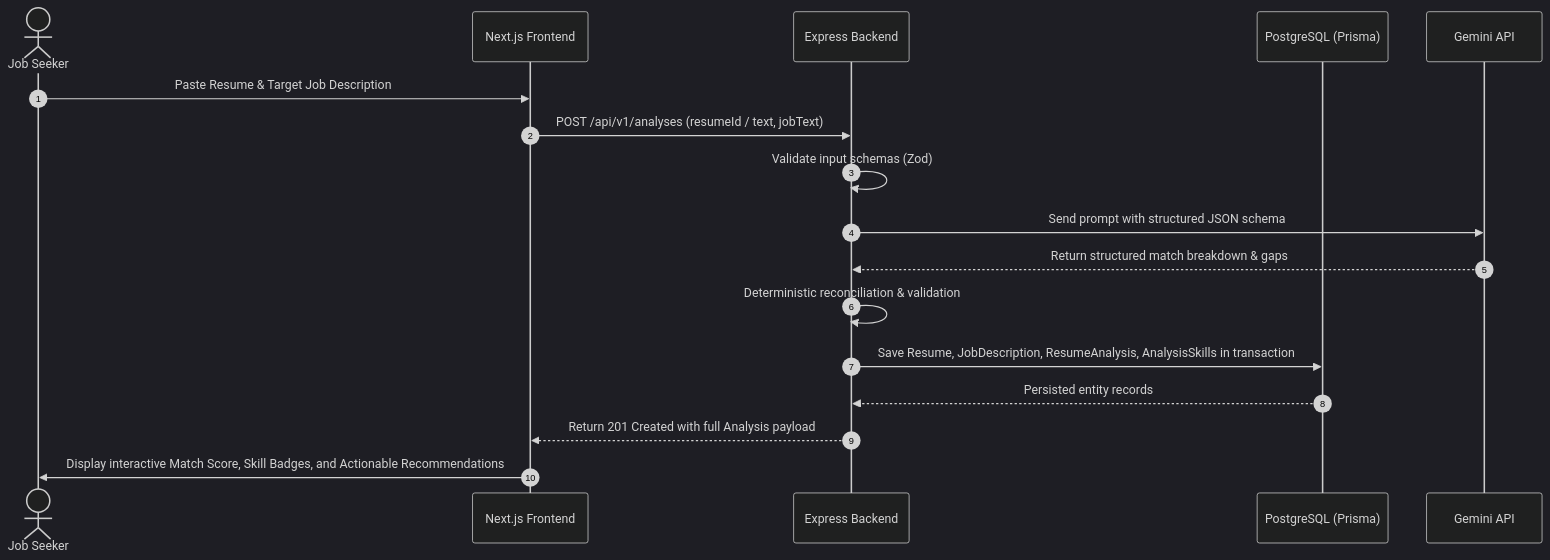
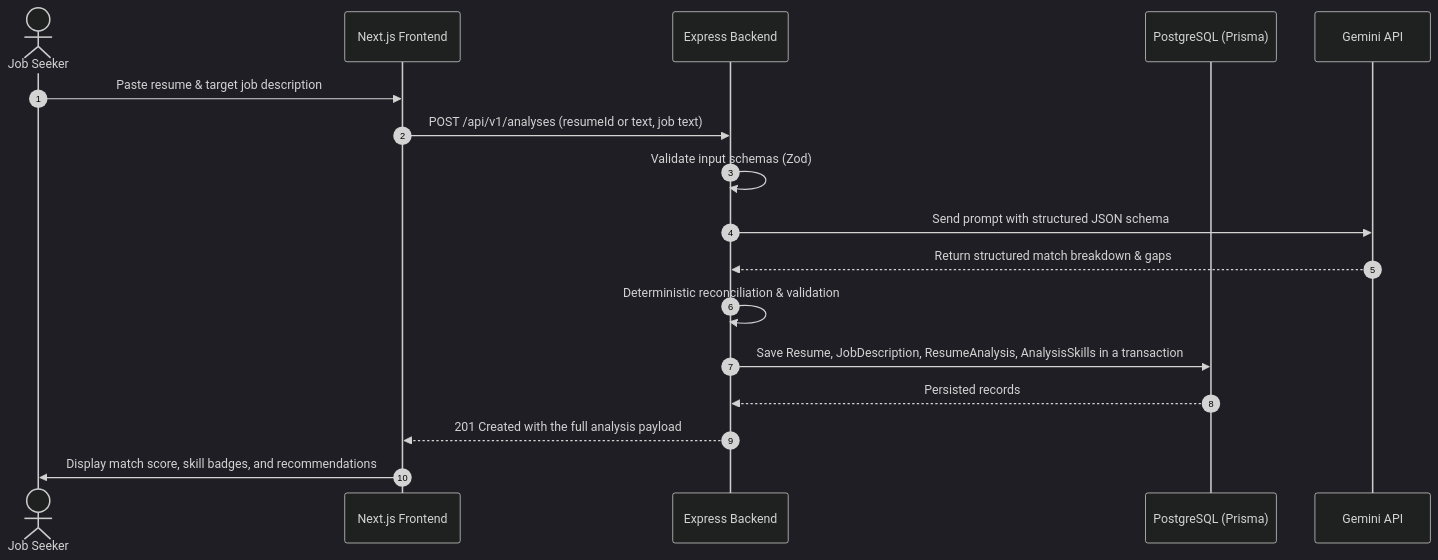
One commit to bashar35790/CareerPilot-AI changed the second of 3 diagrams in docs/PROJECT_PLAN.md. Above: the diagram before and after it, drawn with Mermaid (dark theme). The commit also changed other lines of this file and 11 other files, not shown here.

````diff
--- a/docs/PROJECT_PLAN.md
+++ b/docs/PROJECT_PLAN.md
@@ -94,20 +87,20 @@
 ```mermaid
 sequenceDiagram
     autonumber
     actor User as Job Seeker
     participant UI as Next.js Frontend
     participant API as Express Backend
     participant DB as PostgreSQL (Prisma)
     participant AI as Gemini API
 
-    User->>UI: Paste Resume & Target Job Description
-    UI->>API: POST /api/v1/analyses (resumeId / text, jobText)
+    User->>UI: Paste resume & target job description
+    UI->>API: POST /api/v1/analyses (resumeId or text, job text)
     API->>API: Validate input schemas (Zod)
     API->>AI: Send prompt with structured JSON schema
     AI-->>API: Return structured match breakdown & gaps
     API->>API: Deterministic reconciliation & validation
-    API->>DB: Save Resume, JobDescription, ResumeAnalysis, AnalysisSkills in transaction
-    DB-->>API: Persisted entity records
-    API-->>UI: Return 201 Created with full Analysis payload
-    UI->>User: Display interactive Match Score, Skill Badges, and Actionable Recommendations
+    API->>DB: Save Resume, JobDescription, ResumeAnalysis, AnalysisSkills in a transaction
+    DB-->>API: Persisted records
+    API-->>UI: 201 Created with the full analysis payload
+    UI->>User: Display match score, skill badges, and recommendations
 ```
````
